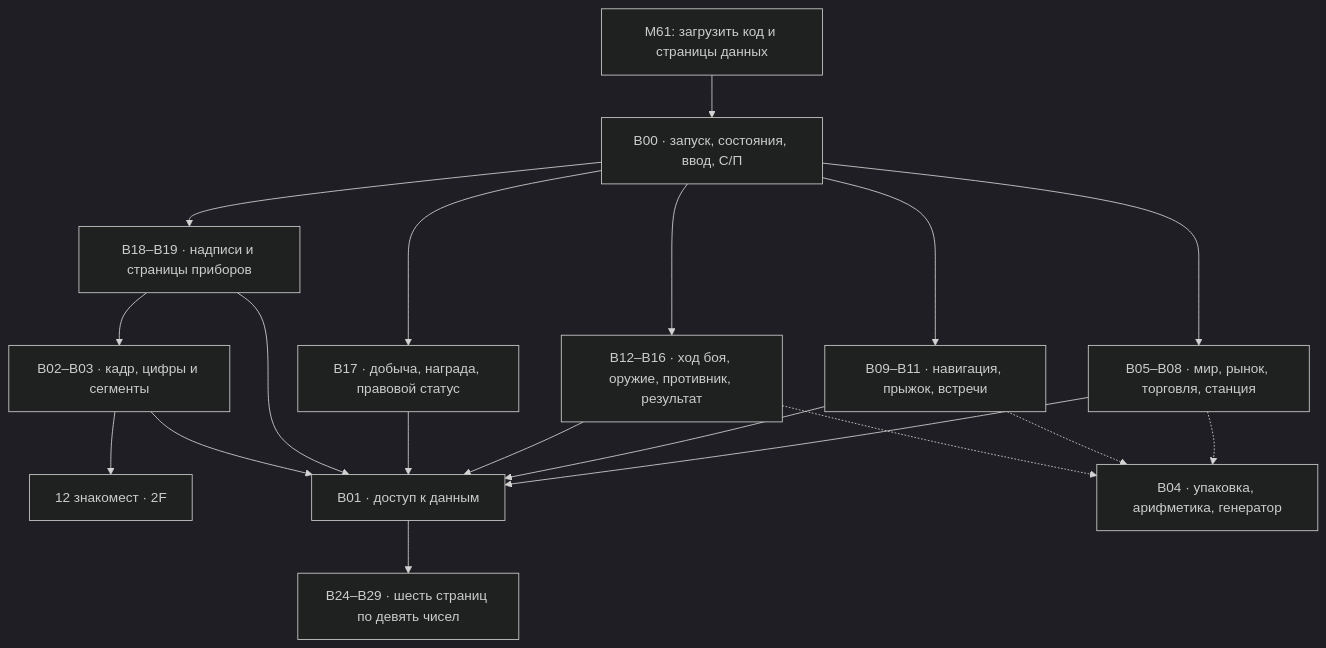
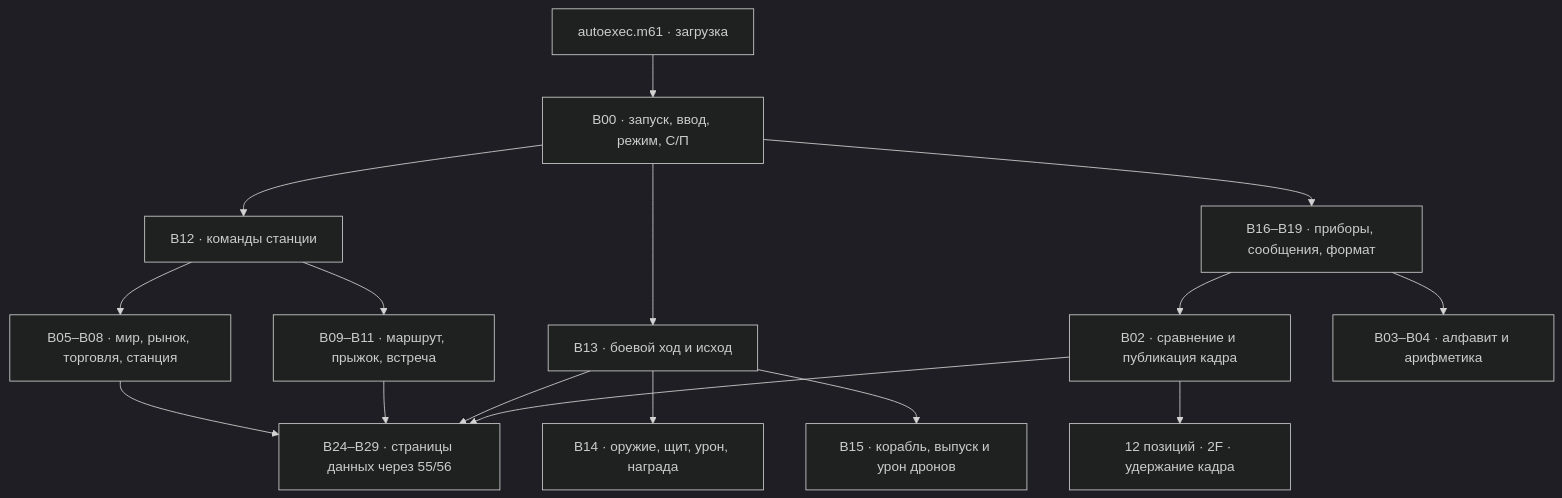
One commit to bolknote/MK61S_MINI changed the diagram in doc/design/Segment-Elite.md. Above: the diagram before and after it, drawn with Mermaid (dark theme). The commit also changed other lines of this file and 7 other files, not shown here.

````diff
--- a/doc/design/Segment-Elite.md
+++ b/doc/design/Segment-Elite.md
@@ -35,21 +14,18 @@
 ```mermaid
 flowchart TD
-    LOAD["M61: загрузить код и страницы данных"] --> K["B00 · запуск, состояния, ввод, С/П"]
-    K --> PORT["B05–B08 · мир, рынок, торговля, станция"]
-    K --> FLIGHT["B09–B11 · навигация, прыжок, встречи"]
-    K --> FIGHT["B12–B16 · ход боя, оружие, противник, результат"]
-    K --> REWARD["B17 · добыча, награда, правовой статус"]
-    K --> UI["B18–B19 · надписи и страницы приборов"]
-    UI --> DISPLAY["B02–B03 · кадр, цифры и сегменты"]
-    DISPLAY --> LCD["12 знакомест · 2F"]
-    PORT --> MEM["B01 · доступ к данным"]
-    FLIGHT --> MEM
-    FIGHT --> MEM
-    REWARD --> MEM
-    UI --> MEM
-    DISPLAY --> MEM
-    MEM --> DATA["B24–B29 · шесть страниц по девять чисел"]
-    PORT -.-> MATH["B04 · упаковка, арифметика, генератор"]
-    FLIGHT -.-> MATH
-    FIGHT -.-> MATH
+    L["autoexec.m61 · загрузка"] --> K["B00 · запуск, ввод, режим, С/П"]
+    K --> I["B12 · команды станции"]
+    I --> T["B05–B08 · мир, рынок, торговля, станция"]
+    I --> N["B09–B11 · маршрут, прыжок, встреча"]
+    K --> B["B13 · боевой ход и исход"]
+    B --> W["B14 · оружие, щит, урон, награда"]
+    B --> E["B15 · корабль, выпуск и урон дронов"]
+    K --> V["B16–B19 · приборы, сообщения, формат"]
+    V --> D["B02 · сравнение и публикация кадра"]
+    V --> G["B03–B04 · алфавит и арифметика"]
+    D --> LCD["12 позиций · 2F · удержание кадра"]
+    T --> P["B24–B29 · страницы данных через 55/56"]
+    N --> P
+    B --> P
+    D --> P
 ```
````
